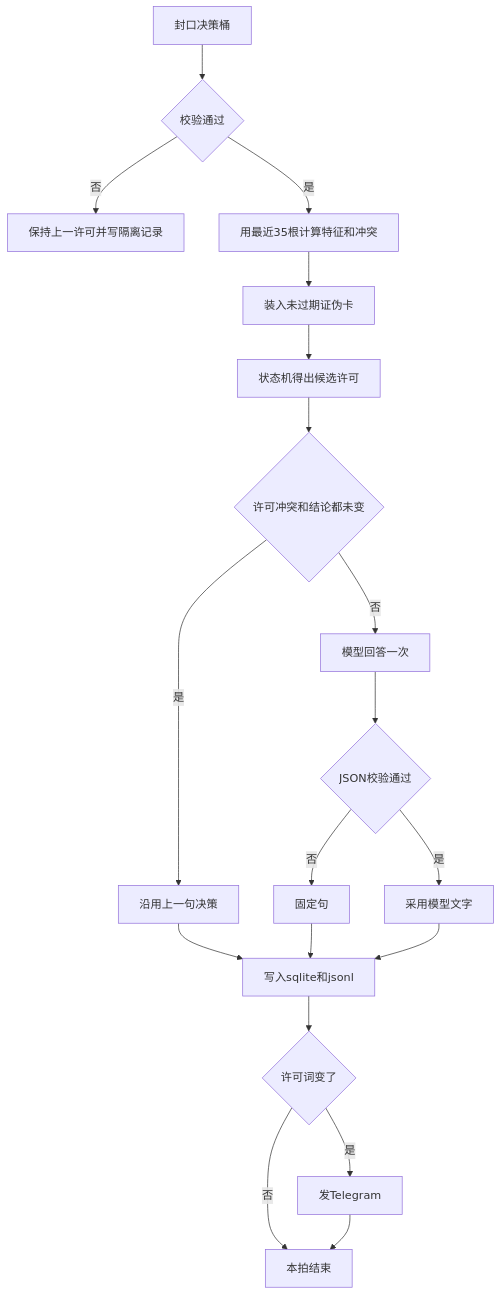
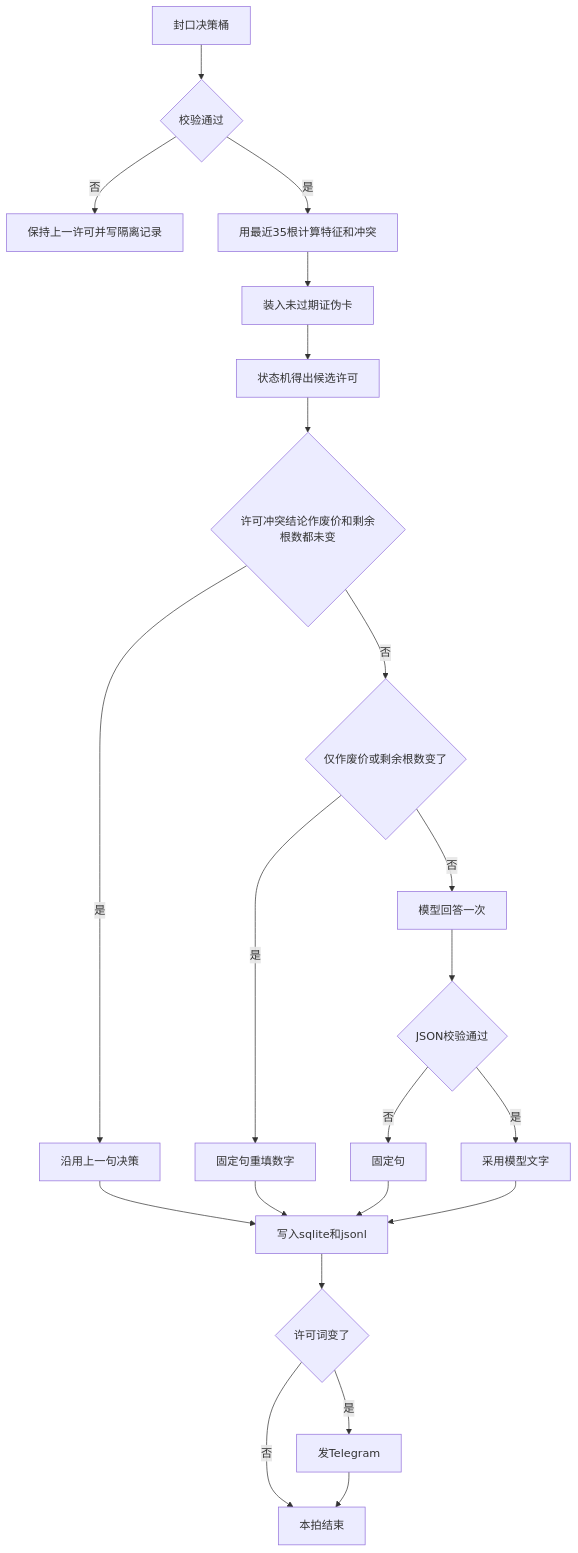
Before and after one commit to zgzhouicd/ideas: the second of 3 diagrams in product-design/交易辅助agent/日内交易辅助agent-开发文档.md, drawn with Mermaid. The commit also changed other lines of this file and 36 other files, not shown here.

````diff
--- a/product-design/交易辅助agent/日内交易辅助agent-开发文档.md
+++ b/product-design/交易辅助agent/日内交易辅助agent-开发文档.md
@@ -100,21 +104,24 @@
 ```mermaid
 flowchart TD
   seal[封口决策桶] --> q{校验通过}
   q -->|否| keep[保持上一许可并写隔离记录]
   q -->|是| feat[用最近35根计算特征和冲突]
   feat --> cards[装入未过期证伪卡]
   cards --> sm[状态机得出候选许可]
-  sm --> same{许可冲突和结论都未变}
+  sm --> same{许可冲突结论作废价和剩余根数都未变}
   same -->|是| reuse[沿用上一句决策]
-  same -->|否| llm[模型回答一次]
+  same -->|否| nums{仅作废价或剩余根数变了}
+  nums -->|是| fixedEarly[固定句重填数字]
+  nums -->|否| llm[模型回答一次]
   llm --> ok{JSON校验通过}
   ok -->|否| fixed[固定句]
   ok -->|是| text[采用模型文字]
   reuse --> save[写入sqlite和jsonl]
+  fixedEarly --> save
   fixed --> save
   text --> save
   save --> push{许可词变了}
   push -->|是| tg[发Telegram]
   push -->|否| doneNode[本拍结束]
   tg --> doneNode
 ```
````
